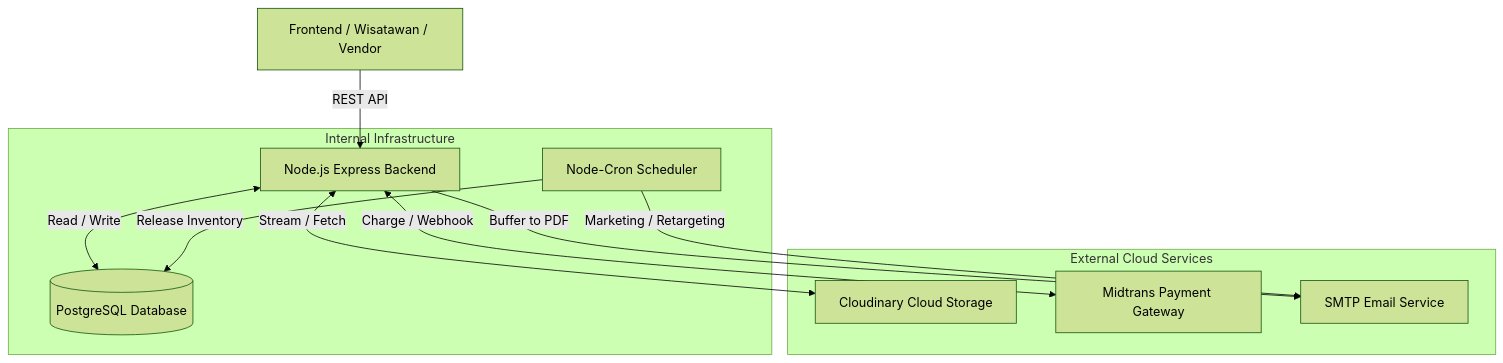
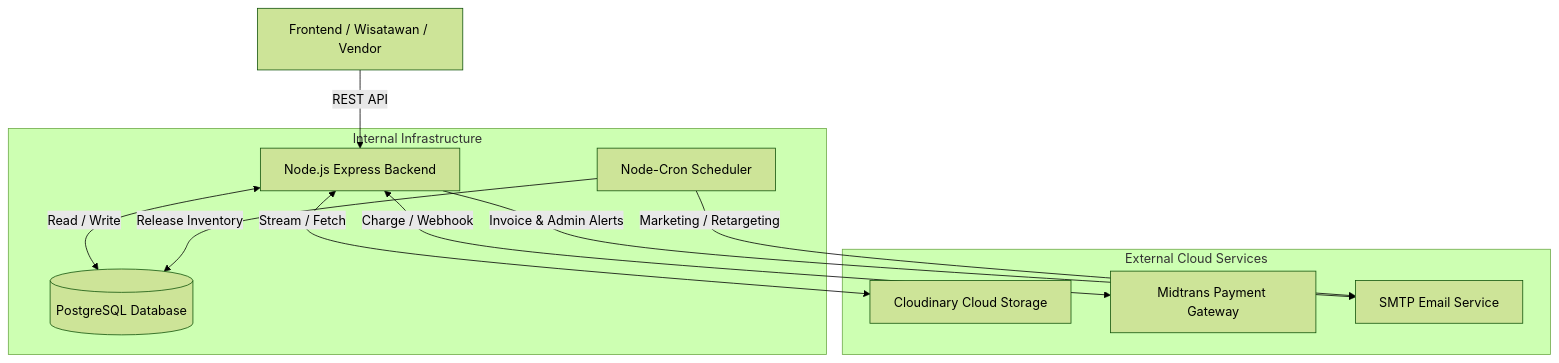
One commit to alfinhimawan/Divexplore_3D changed the diagram in Backend/README.md. Above: the diagram before and after it, drawn with Mermaid (forest theme). The commit also changed other lines of this file and 2 other files, not shown here.

Commit message:
feat: implement general email notification for KYC and update README

````diff
--- a/Backend/README.md
+++ b/Backend/README.md
@@ -46,16 +47,16 @@
 ```mermaid
 graph TD
     Client[Frontend / Wisatawan / Vendor] -->|REST API| API[Node.js Express Backend]
     
     subgraph "Internal Infrastructure"
         API <-->|Read / Write| DB[(PostgreSQL Database)]
         Cron[Node-Cron Scheduler] -->|Release Inventory| DB
     end
     
     subgraph "External Cloud Services"
         API <-->|Stream / Fetch| Cloudinary[Cloudinary Cloud Storage]
         API <-->|Charge / Webhook| Midtrans[Midtrans Payment Gateway]
-        API -->|Buffer to PDF| Mailer[SMTP Email Service]
+        API -->|Invoice & Admin Alerts| Mailer[SMTP Email Service]
         Cron -->|Marketing / Retargeting| Mailer
     end
 ```
````
